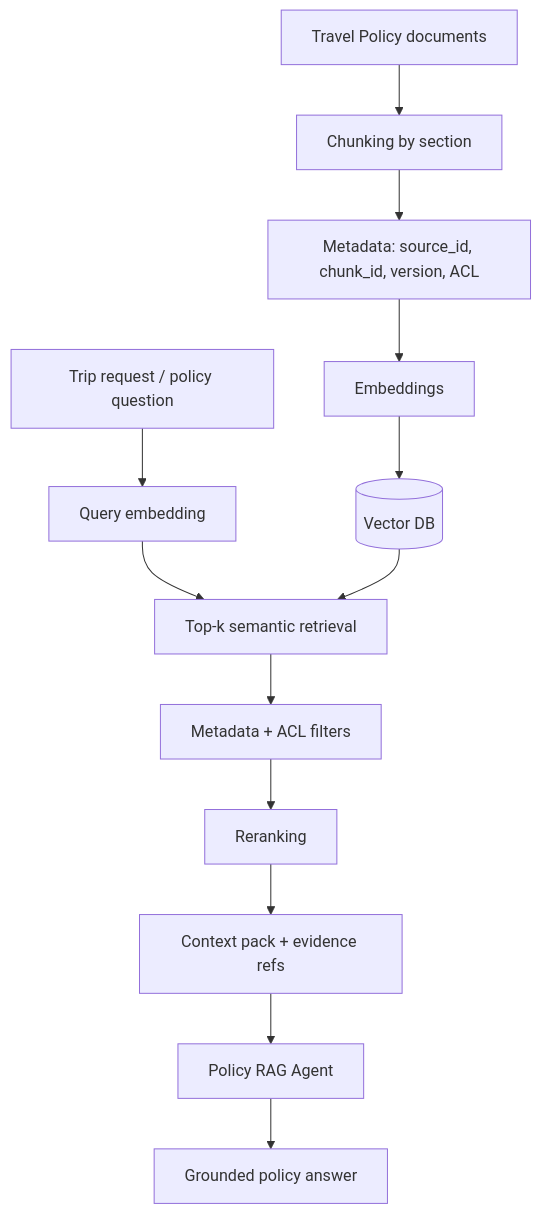
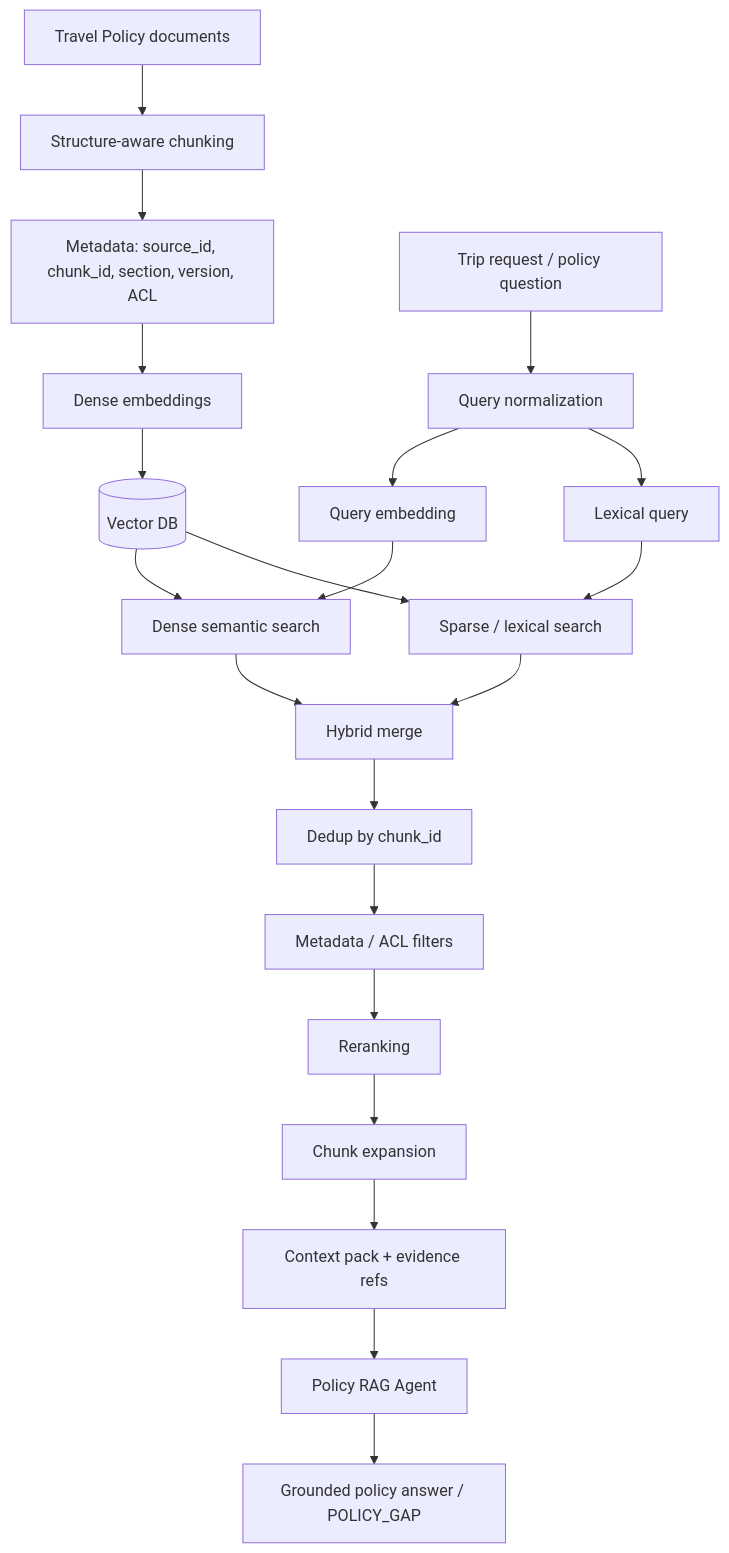
One commit to VictorKVS/OTUS- changed the diagram in 7. Архитектурные паттерны AI-агенты и Multi-Agent Systems  ДЗ/ДЗ_07_Travel_MultiAgent_RAG/architecture/RAG_FLOW.md. Above: the diagram before and after it, drawn with Mermaid. The commit also changed other lines of this file and 9 other files, not shown here.

````diff
--- a/7. Архитектурные паттерны AI-агенты и Multi-Agent Systems  ДЗ/ДЗ_07_Travel_MultiAgent_RAG/architecture/RAG_FLOW.md
+++ b/7. Архитектурные паттерны AI-агенты и Multi-Agent Systems  ДЗ/ДЗ_07_Travel_MultiAgent_RAG/architecture/RAG_FLOW.md
@@ -3,16 +3,26 @@
 ```mermaid
 flowchart TD
-    D[Travel Policy documents] --> C[Chunking by section]
-    C --> M[Metadata: source_id, chunk_id, version, ACL]
-    M --> E[Embeddings]
+    D[Travel Policy documents] --> C[Structure-aware chunking]
+    C --> M[Metadata: source_id, chunk_id, section, version, ACL]
+    M --> E[Dense embeddings]
     E --> V[(Vector DB)]
 
-    Q[Trip request / policy question] --> QE[Query embedding]
-    QE --> R[Top-k semantic retrieval]
-    V --> R
-    R --> F[Metadata + ACL filters]
+    Q[Trip request / policy question] --> N[Query normalization]
+    N --> QE[Query embedding]
+    N --> L[Lexical query]
+
+    QE --> DS[Dense semantic search]
+    V --> DS
+    L --> LS[Sparse / lexical search]
+    V --> LS
+
+    DS --> HM[Hybrid merge]
+    LS --> HM
+    HM --> DD[Dedup by chunk_id]
+    DD --> F[Metadata / ACL filters]
     F --> RR[Reranking]
-    RR --> K[Context pack + evidence refs]
+    RR --> CE[Chunk expansion]
+    CE --> K[Context pack + evidence refs]
     K --> A[Policy RAG Agent]
-    A --> G[Grounded policy answer]
+    A --> G[Grounded policy answer / POLICY_GAP]
 ```
````
